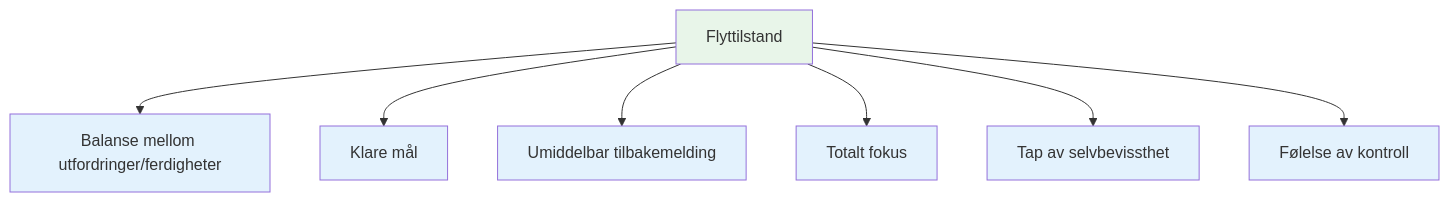
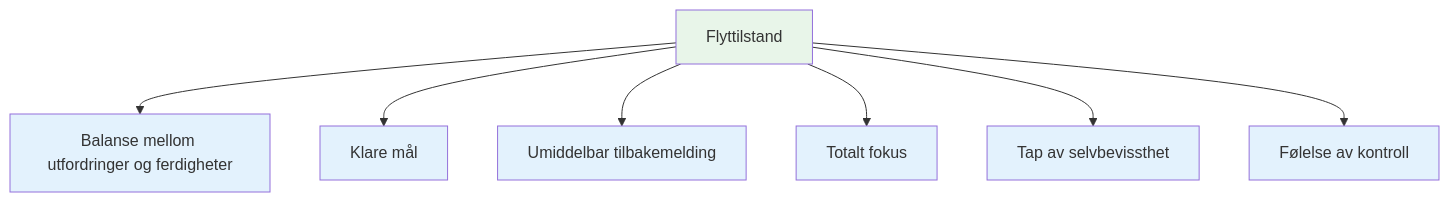
The first of 4 diagrams in docs/no/education/the-zone/entering-the-zone.md (patwii/petanque-academy), drawn with Mermaid before and after one commit. The commit also changed 216 other files, not shown here.

````diff
--- a/docs/no/education/the-zone/entering-the-zone.md
+++ b/docs/no/education/the-zone/entering-the-zone.md
@@ -15,17 +15,17 @@
 ```mermaid
 graph TD
-    A[Flyttilstand] --> B[Balanse mellom utfordringer/ferdigheter]
+    A[Flyttilstand] --> B[Balanse mellom utfordringer og ferdigheter]
     A --> C[Klare mål]
     A --> D[Umiddelbar tilbakemelding]
     A --> E[Totalt fokus]
     A --> F[Tap av selvbevissthet]
     A --> G[Følelse av kontroll]
 
     style A fill:#e8f5e9
     style B fill:#e3f2fd
     style C fill:#e3f2fd
     style D fill:#e3f2fd
     style E fill:#e3f2fd
     style F fill:#e3f2fd
     style G fill:#e3f2fd
 ```
````
